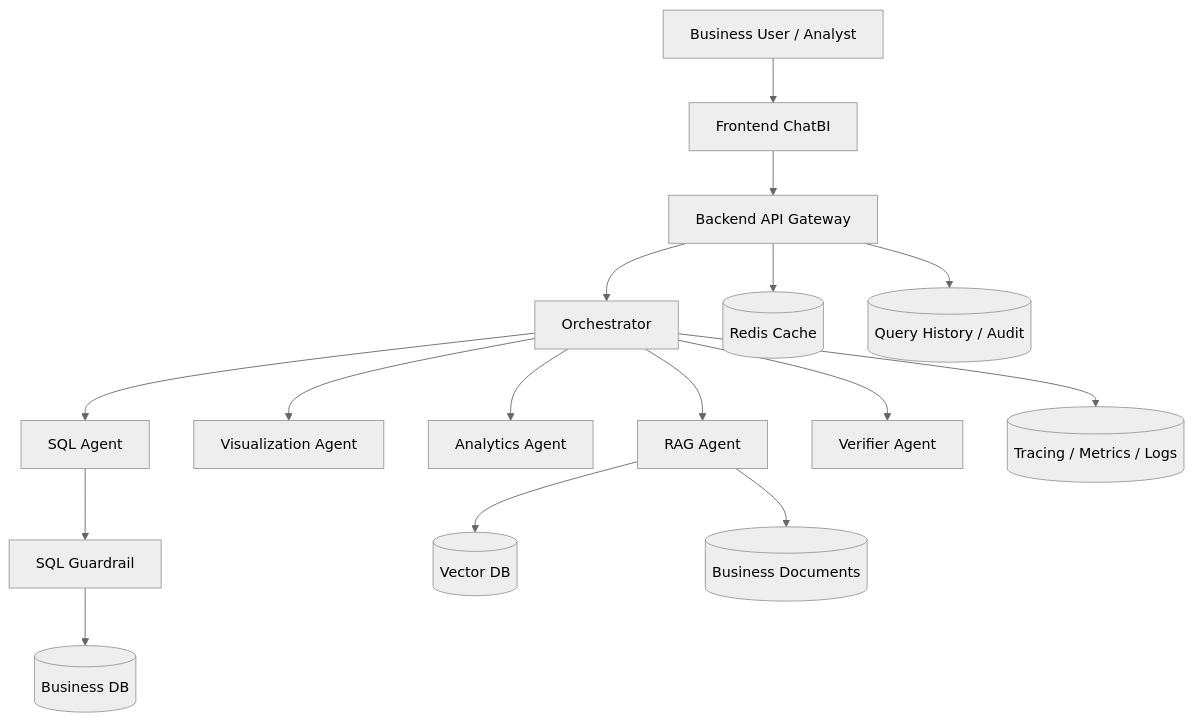
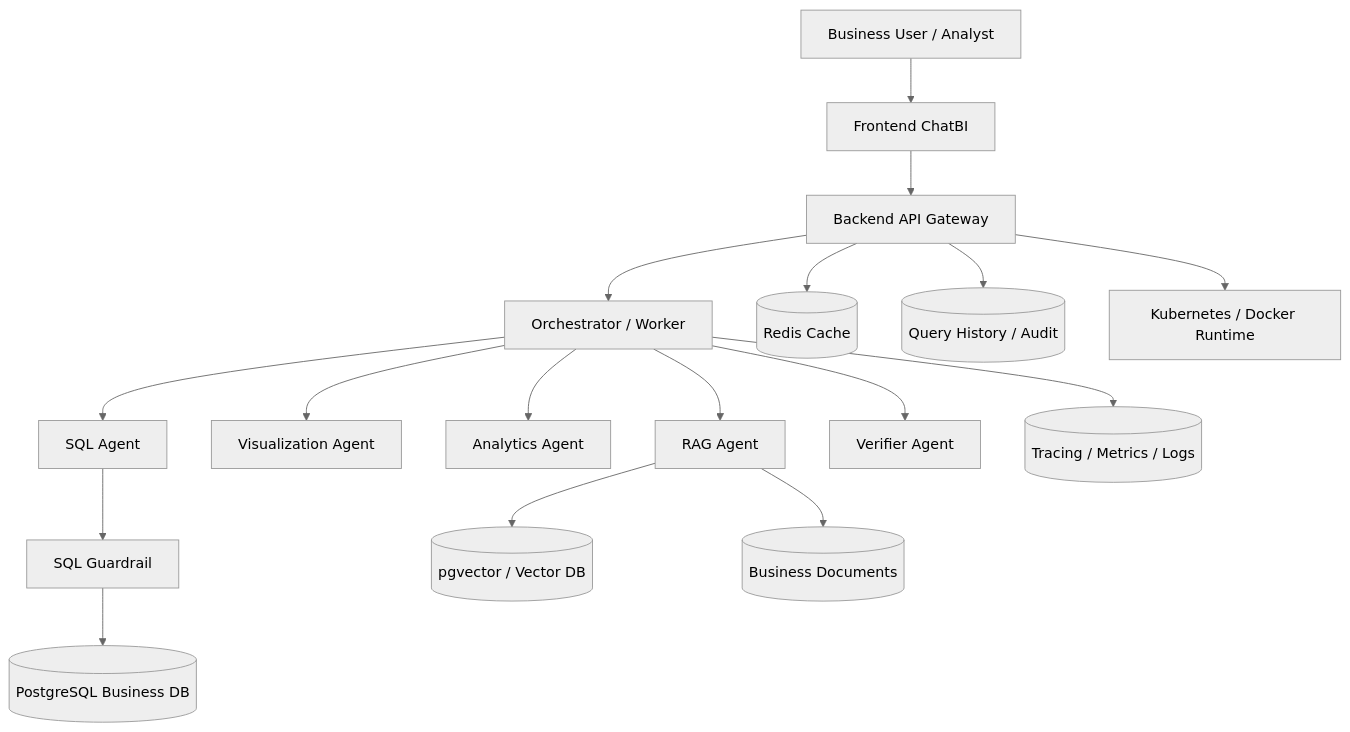
One commit to 2635088459/CouncilBI-A-Governed-Multi-Agent-Platform-for-Enterprise-Decision-Intelligence changed the diagram in system_design/system-design-index.en.md. Above: the diagram before and after it, drawn with Mermaid (neutral theme). The commit also changed other lines of this file and 119 other files, not shown here.

Commit message:
overall architecture updated

````diff
--- a/system_design/system-design-index.en.md
+++ b/system_design/system-design-index.en.md
@@ -20,22 +20,23 @@
 ```mermaid
 flowchart TB
 	U[Business User / Analyst] --> FE[Frontend ChatBI]
 	FE --> API[Backend API Gateway]
 
-	API --> ORCH[Orchestrator]
+	API --> ORCH[Orchestrator / Worker]
 	ORCH --> SQLA[SQL Agent]
 	ORCH --> VISA[Visualization Agent]
 	ORCH --> ANAA[Analytics Agent]
 	ORCH --> RAGA[RAG Agent]
 	ORCH --> VERA[Verifier Agent]
 
 	SQLA --> GUARD[SQL Guardrail]
-	GUARD --> DB[(Business DB)]
+	GUARD --> DB[(PostgreSQL Business DB)]
 
-	RAGA --> VDB[(Vector DB)]
+	RAGA --> VDB[(pgvector / Vector DB)]
 	RAGA --> DOC[(Business Documents)]
 
 	API --> CACHE[(Redis Cache)]
 	API --> AUDIT[(Query History / Audit)]
 	ORCH --> OBS[(Tracing / Metrics / Logs)]
+	API --> K8S[Kubernetes / Docker Runtime]
 ```
````
